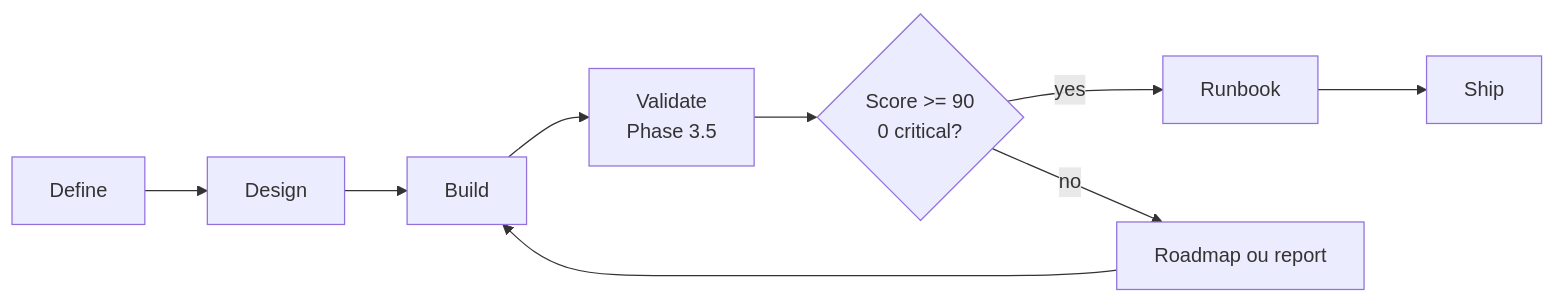
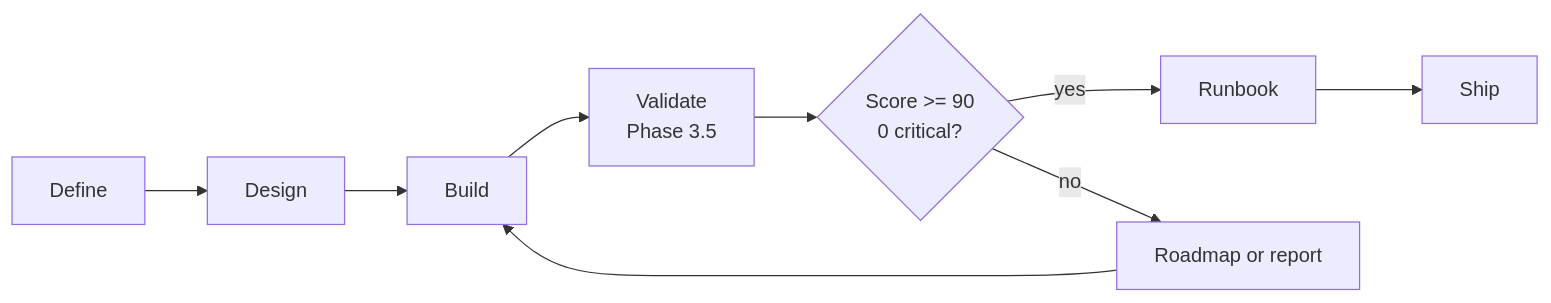
The diagram in docs/reference/skills/validate.md (Tiao553/sdd-harness-copilot), drawn with Mermaid before and after one commit. The commit also changed other lines of this file and 19 other files, not shown here.

````diff
--- a/docs/reference/skills/validate.md
+++ b/docs/reference/skills/validate.md
@@ -9,11 +9,11 @@
 ```mermaid
 flowchart LR
     A["Define"] --> B["Design"]
     B --> C["Build"]
     C --> D["Validate<br/>Phase 3.5"]
     D --> E{"Score >= 90<br/>0 critical?"}
     E -->|yes| F["Runbook"]
     F --> G["Ship"]
-    E -->|no| H["Roadmap ou report"]
+    E -->|no| H["Roadmap or report"]
     H --> C
 ```
````
